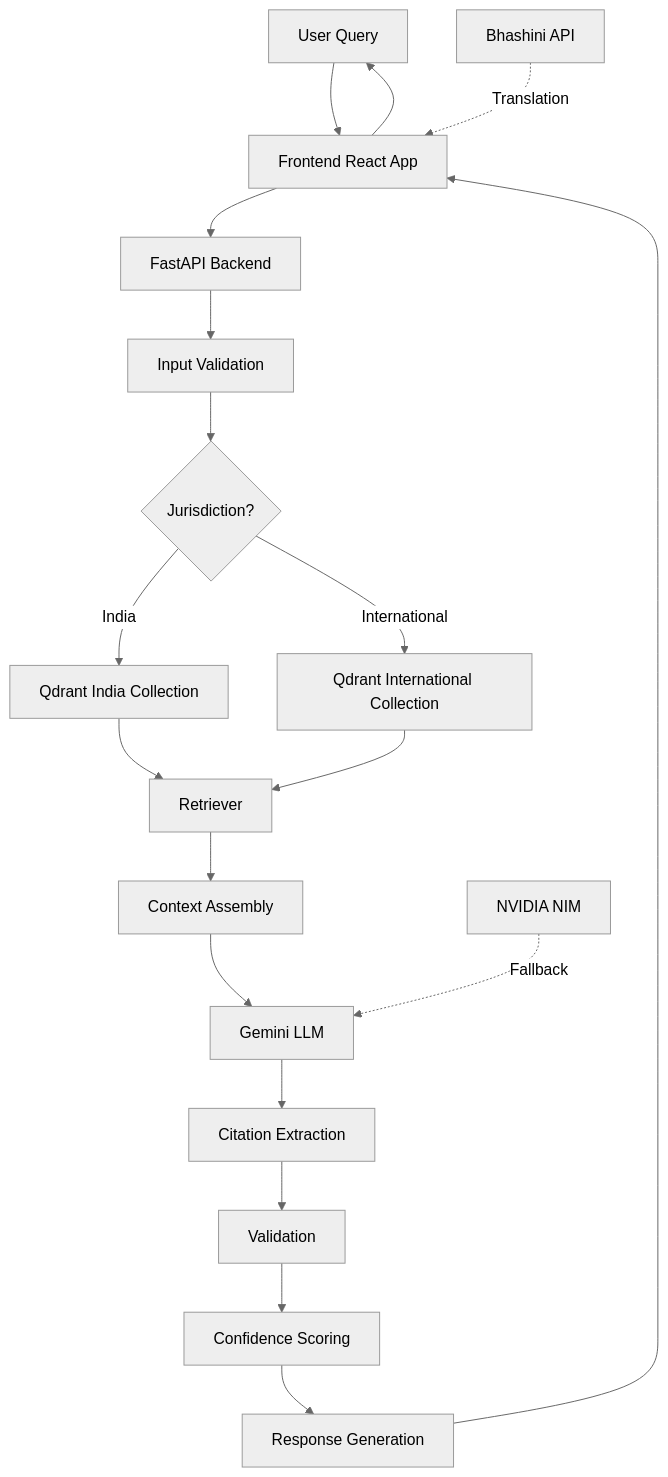
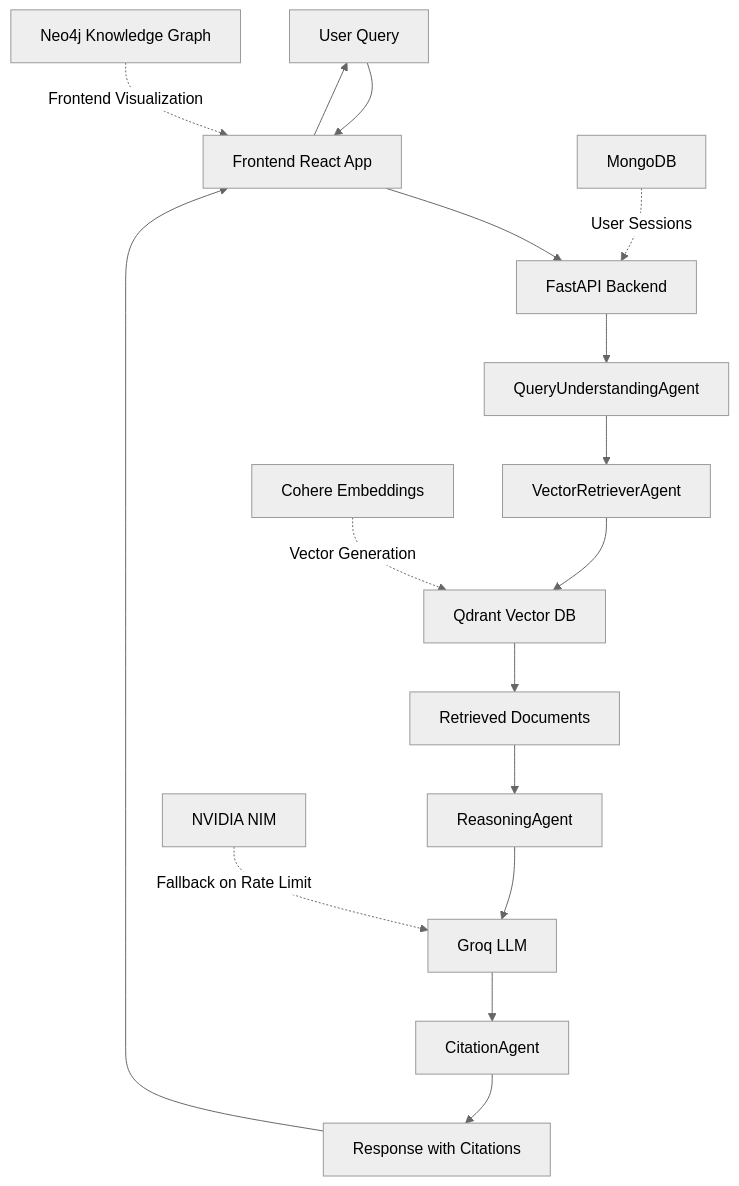
The first of 2 diagrams in README.md (NalgondaLokesh/AyurPedia), drawn with Mermaid (neutral theme) before and after one commit. The commit also changed other lines of this file and 58 other files, not shown here.

````diff
--- a/README.md
+++ b/README.md
@@ -26,22 +53,20 @@
 ```mermaid
 graph TD
     A[User Query] --> B[Frontend React App]
     B --> C[FastAPI Backend]
-    C --> D[Input Validation]
-    D --> E{Jurisdiction?}
-    E -->|India| F[Qdrant India Collection]
-    E -->|International| G[Qdrant International Collection]
-    F --> H[Retriever]
-    G --> H
-    H --> I[Context Assembly]
-    I --> J[Gemini LLM]
-    J --> K[Citation Extraction]
-    K --> L[Validation]
-    L --> M[Confidence Scoring]
-    M --> N[Response Generation]
-    N --> B
+    C --> D[QueryUnderstandingAgent]
+    D --> E[VectorRetrieverAgent]
+    E --> F[Qdrant Vector DB]
+    F --> G[Retrieved Documents]
+    G --> H[ReasoningAgent]
+    H --> I[Groq LLM]
+    I --> J[CitationAgent]
+    J --> K[Response with Citations]
+    K --> B
     B --> A
     
-    O[Bhashini API] -.->|Translation| B
-    P[NVIDIA NIM] -.->|Fallback| J
+    L[Neo4j Knowledge Graph] -.->|Frontend Visualization| B
+    M[NVIDIA NIM] -.->|Fallback on Rate Limit| I
+    N[MongoDB] -.->|User Sessions| C
+    O[Cohere Embeddings] -.->|Vector Generation| F
 ```
````
